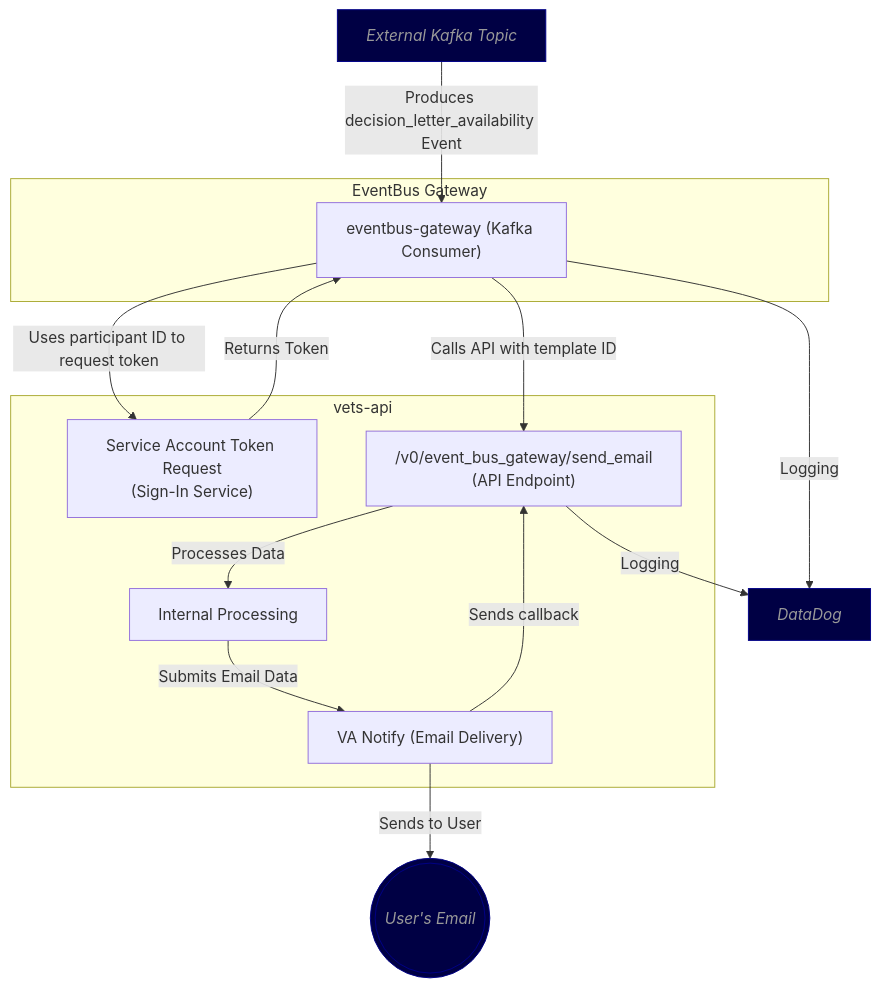
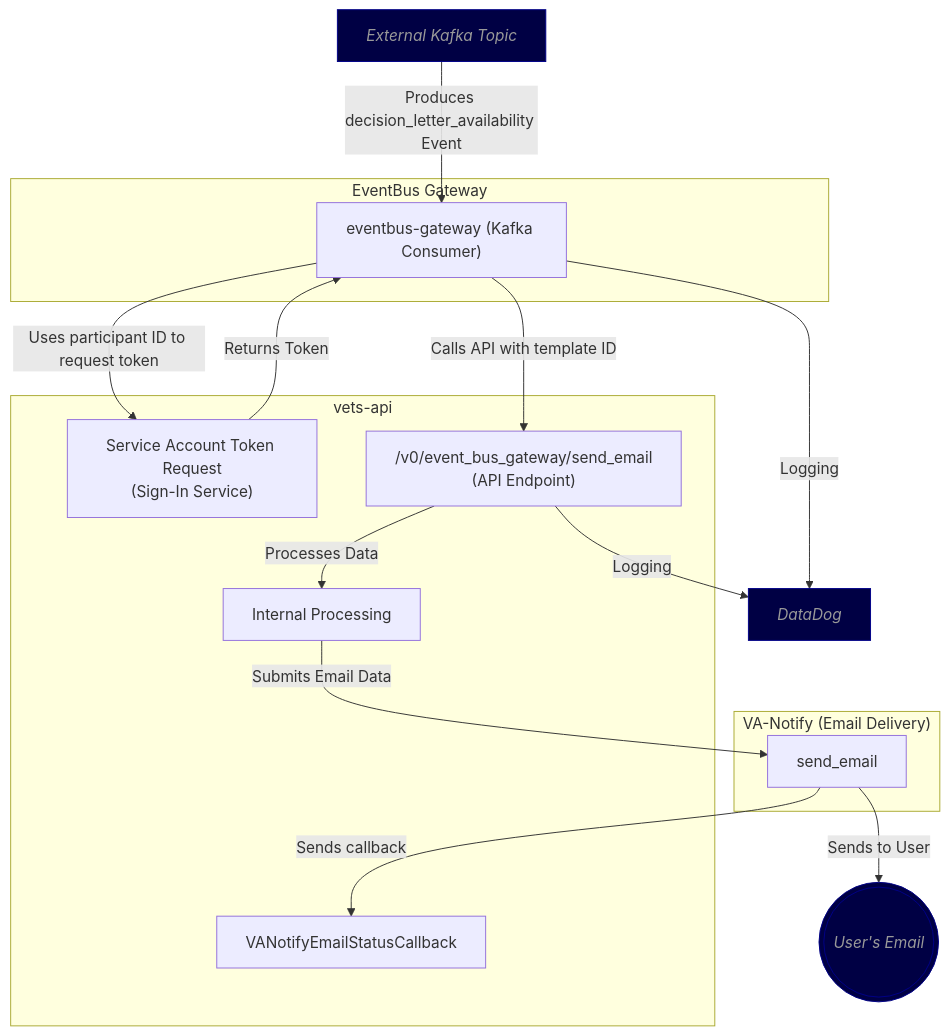
One commit to department-of-veterans-affairs/va.gov-team changed the diagram in products/claim-appeal-status/event-bus-notify/Architecture Diagram.md. Above: the diagram before and after it, drawn with Mermaid. The commit also changed 3 other files, not shown here.

````diff
--- a/products/claim-appeal-status/event-bus-notify/Architecture Diagram.md
+++ b/products/claim-appeal-status/event-bus-notify/Architecture Diagram.md
@@ -3,33 +3,37 @@
 ```mermaid
 flowchart TD
     A[External Kafka Topic]:::external
     G[DataDog]:::external
 
     subgraph EventBus Gateway
       B["eventbus-gateway (Kafka Consumer)"]
     end
 
     subgraph vets-api
       C["Service Account Token Request<br/>(Sign-In Service)"]
       D["/v0/event_bus_gateway/send_email<br/>(API Endpoint)"]
       E[Internal Processing]
-      F["VA Notify (Email Delivery)"]
+      I["VANotifyEmailStatusCallback"]
+    end
+
+    subgraph "VA-Notify (Email Delivery)"
+      F["send_email"]
     end
 
     H(((User's Email))):::external
 
     %% Flow
     A -- Produces decision_letter_availability Event --> B
     B -- Uses participant ID to request token --> C
     C -- Returns Token --> B
     B -- Calls API with template ID --> D
     D -- Processes Data --> E
     E -- Submits Email Data --> F
     B -- Logging --> G
     D -- Logging --> G
     F -- Sends to User --> H
-    F -- Sends callback --> D
+    F -- Sends callback --> I
 
     classDef external color:#999,fill:#004,stroke:#008,font-style:italic;
     classDef note color:#000,fill:#ff88,stroke:#fff8,stroke-width:5px,font-size:0.9rem;
 ```
````
